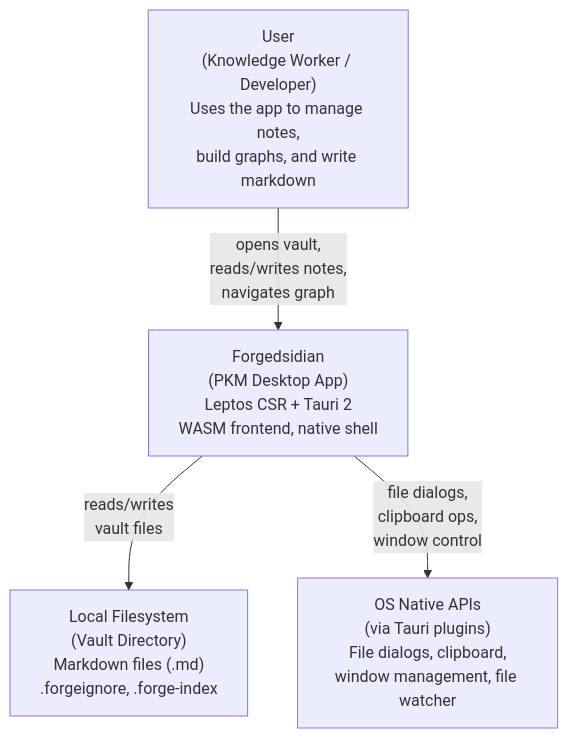
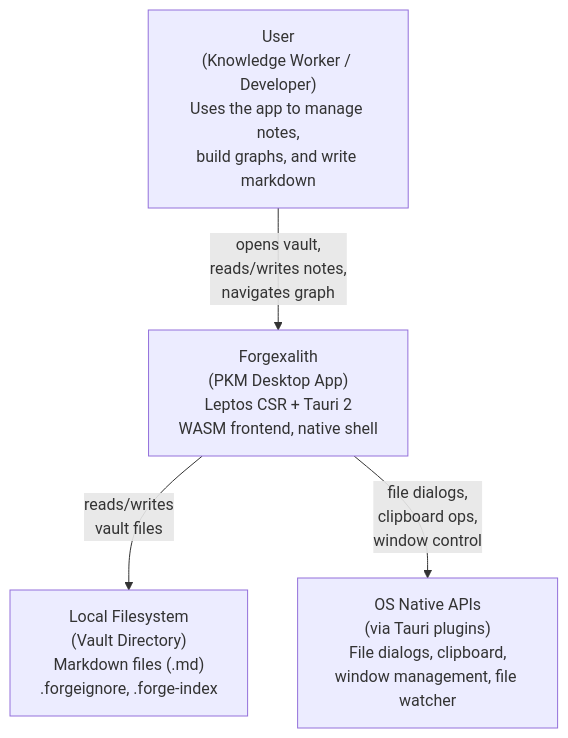
One commit to btaoldai/forgedsidian changed the diagram in docs/architecture/c4/C4-L1-system-context.md. Above: the diagram before and after it, drawn with Mermaid. The commit also changed other lines of this file and 72 other files, not shown here.

````diff
--- a/docs/architecture/c4/C4-L1-system-context.md
+++ b/docs/architecture/c4/C4-L1-system-context.md
@@ -16,16 +16,16 @@
 ```mermaid
 graph TB
     User["User<br/>(Knowledge Worker / Developer)<br/>Uses the app to manage notes,<br/>build graphs, and write markdown"]
 
-    Forgedsidian["Forgedsidian<br/>(PKM Desktop App)<br/>Leptos CSR + Tauri 2<br/>WASM frontend, native shell"]
+    Forgexalith["Forgexalith<br/>(PKM Desktop App)<br/>Leptos CSR + Tauri 2<br/>WASM frontend, native shell"]
 
     Filesystem["Local Filesystem<br/>(Vault Directory)<br/>Markdown files (.md)<br/>.forgeignore, .forge-index"]
 
     OSAPIs["OS Native APIs<br/>(via Tauri plugins)<br/>File dialogs, clipboard,<br/>window management, file watcher"]
 
-    User -->|opens vault,<br/>reads/writes notes,<br/>navigates graph| Forgedsidian
+    User -->|opens vault,<br/>reads/writes notes,<br/>navigates graph| Forgexalith
 
-    Forgedsidian -->|reads/writes<br/>vault files| Filesystem
+    Forgexalith -->|reads/writes<br/>vault files| Filesystem
 
-    Forgedsidian -->|file dialogs,<br/>clipboard ops,<br/>window control| OSAPIs
+    Forgexalith -->|file dialogs,<br/>clipboard ops,<br/>window control| OSAPIs
 ```
````
